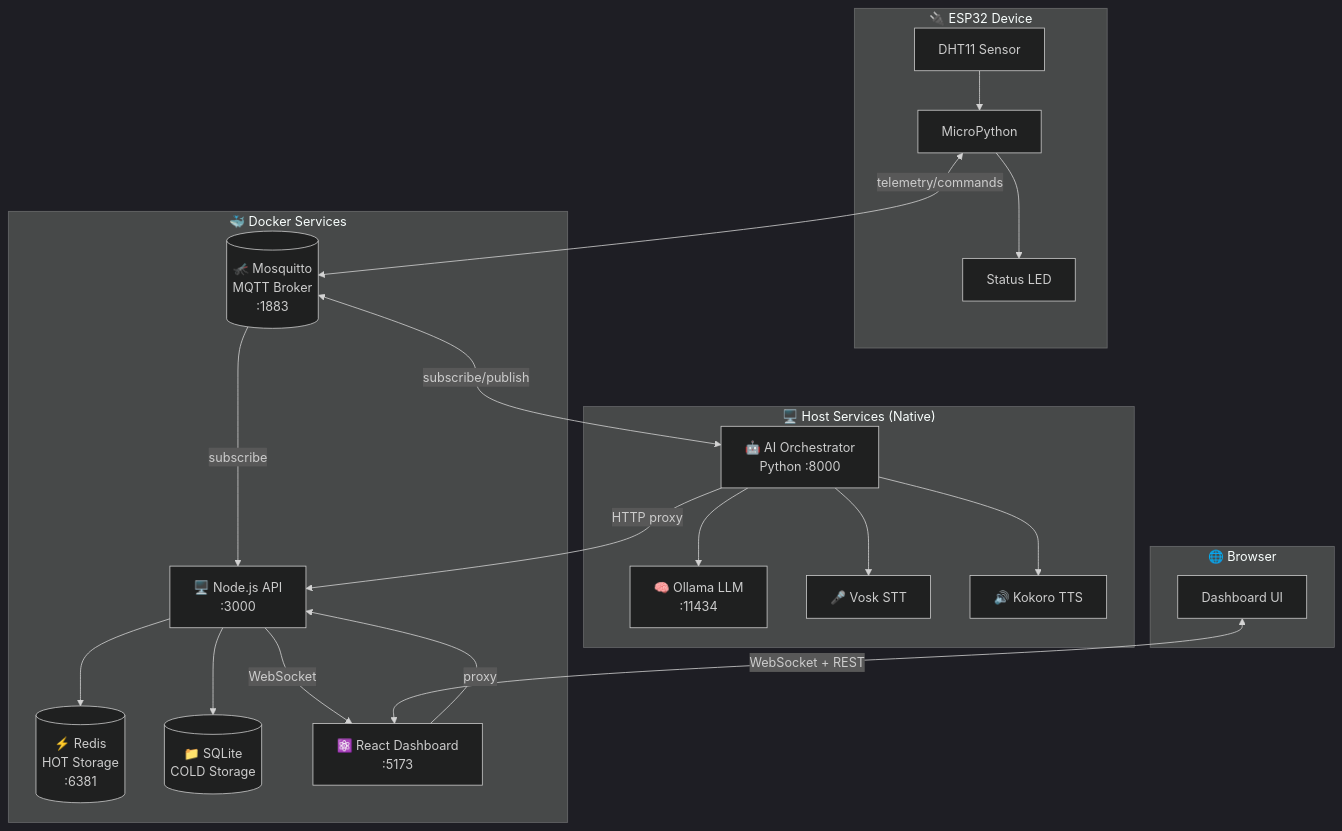
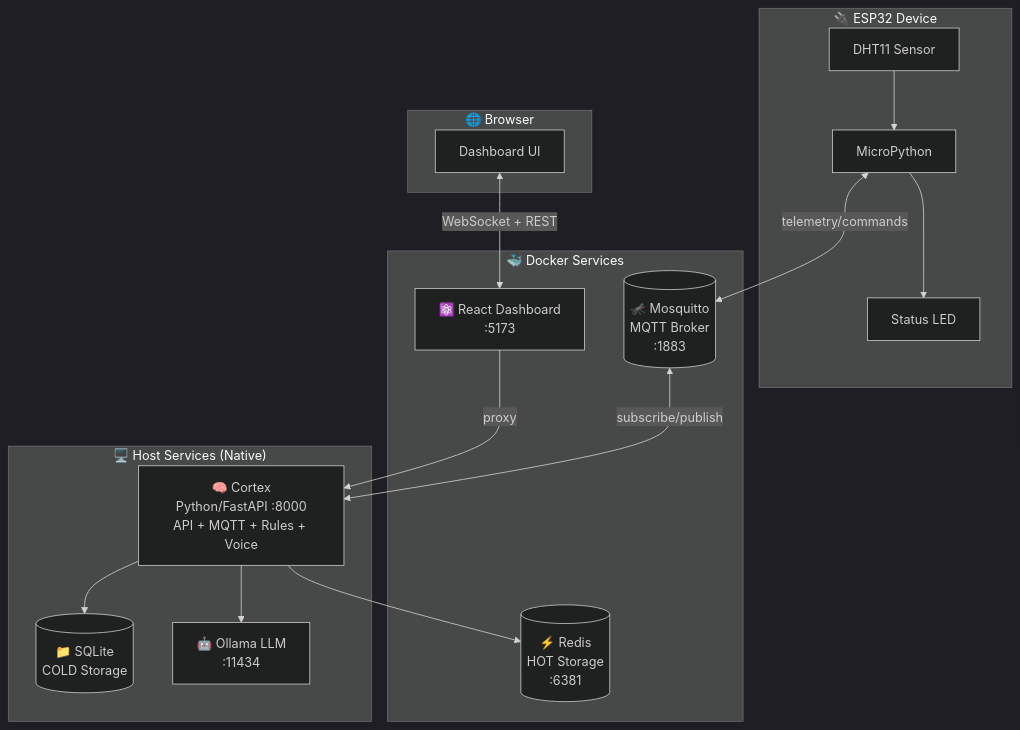
Before and after one commit to curtisblanchette/my-esp32-project: the first of 8 diagrams in README.md, drawn with Mermaid (dark theme). The commit also changed other lines of this file and 26 other files, not shown here.

````diff
--- a/README.md
+++ b/README.md
@@ -36,46 +36,37 @@
 ```mermaid
 flowchart TB
     subgraph Device["🔌 ESP32 Device"]
         DHT[DHT11 Sensor]
         LED[Status LED]
         MPY[MicroPython]
     end
 
     subgraph Docker["🐳 Docker Services"]
         MQTT[("🦟 Mosquitto<br/>MQTT Broker<br/>:1883")]
         Redis[("⚡ Redis<br/>HOT Storage<br/>:6381")]
-        SQLite[("📁 SQLite<br/>COLD Storage")]
-        API["🖥️ Node.js API<br/>:3000"]
         WEB["⚛️ React Dashboard<br/>:5173"]
     end
 
     subgraph Host["🖥️ Host Services (Native)"]
-        AI["🤖 AI Orchestrator<br/>Python :8000"]
-        Ollama["🧠 Ollama LLM<br/>:11434"]
-        Vosk["🎤 Vosk STT"]
-        Kokoro["🔊 Kokoro TTS"]
+        Cortex["🧠 Cortex<br/>Python/FastAPI :8000<br/>API + MQTT + Rules + Voice"]
+        SQLite[("📁 SQLite<br/>COLD Storage")]
+        Ollama["🤖 Ollama LLM<br/>:11434"]
     end
 
     subgraph Browser["🌐 Browser"]
         Dashboard["Dashboard UI"]
     end
 
     DHT --> MPY
     MPY --> LED
     MPY <-->|telemetry/commands| MQTT
 
-    MQTT -->|subscribe| API
-    MQTT <-->|subscribe/publish| AI
+    MQTT <-->|subscribe/publish| Cortex
 
-    API --> Redis
-    API --> SQLite
-    API -->|WebSocket| WEB
+    Cortex --> Redis
+    Cortex --> SQLite
+    Cortex --> Ollama
 
-    AI --> Ollama
-    AI --> Vosk
-    AI --> Kokoro
-    AI -->|HTTP proxy| API
-
-    WEB -->|proxy| API
+    WEB -->|proxy| Cortex
     Dashboard <-->|WebSocket + REST| WEB
 ```
````
